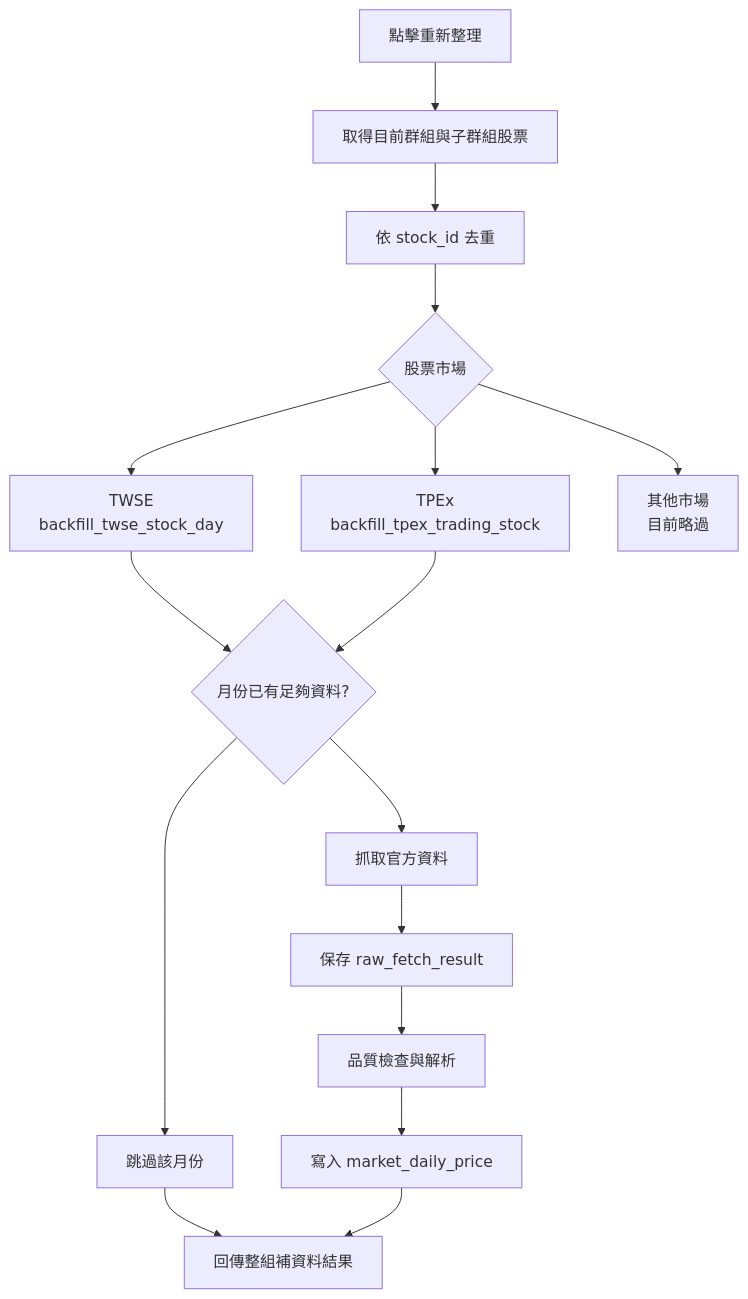
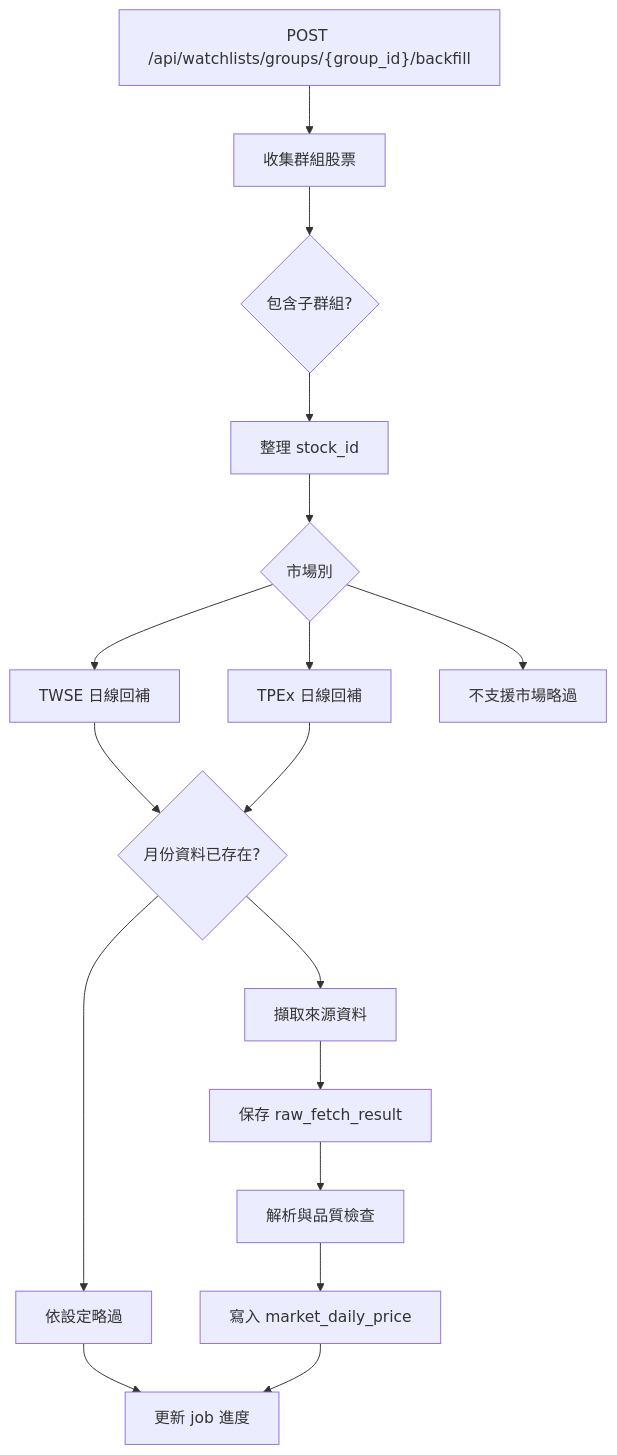
Before and after one commit to lulu930128/open-market-intelligence: the fourth of 4 diagrams in README.md, drawn with Mermaid. The commit also changed other lines of this file and 5 other files, not shown here.

````diff
--- a/README.md
+++ b/README.md
@@ -210,19 +247,19 @@
 ```mermaid
 flowchart TD
-    click["點擊重新整理"] --> group["取得目前群組與子群組股票"]
-    group --> unique["依 stock_id 去重"]
-    unique --> market{"股票市場"}
-    market --> twse["TWSE<br/>backfill_twse_stock_day"]
-    market --> tpex["TPEx<br/>backfill_tpex_trading_stock"]
-    market --> skip["其他市場<br/>目前略過"]
-
-    twse --> exists{"月份已有足夠資料?"}
+    start["POST /api/watchlists/groups/{group_id}/backfill"] --> collect["收集群組股票"]
+    collect --> children{"包含子群組?"}
+    children --> stocks["整理 stock_id"]
+    stocks --> market{"市場別"}
+    market --> twse["TWSE 日線回補"]
+    market --> tpex["TPEx 日線回補"]
+    market --> skip["不支援市場略過"]
+    twse --> exists{"月份資料已存在?"}
     tpex --> exists
-    exists --> yes["跳過該月份"]
-    exists --> no["抓取官方資料"]
-    no --> raw["保存 raw_fetch_result"]
-    raw --> parse["品質檢查與解析"]
+    exists --> useExisting["依設定略過"]
+    exists --> fetch["擷取來源資料"]
+    fetch --> raw["保存 raw_fetch_result"]
+    raw --> parse["解析與品質檢查"]
     parse --> save["寫入 market_daily_price"]
-    yes --> result["回傳整組補資料結果"]
+    useExisting --> result["更新 job 進度"]
     save --> result
 ```
````
